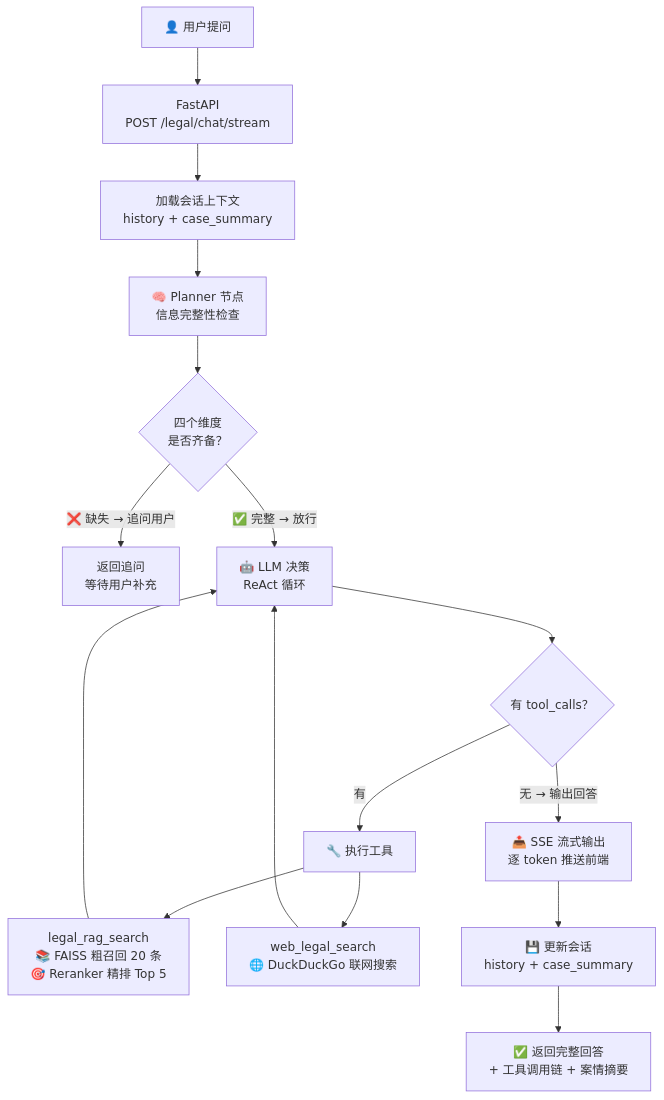
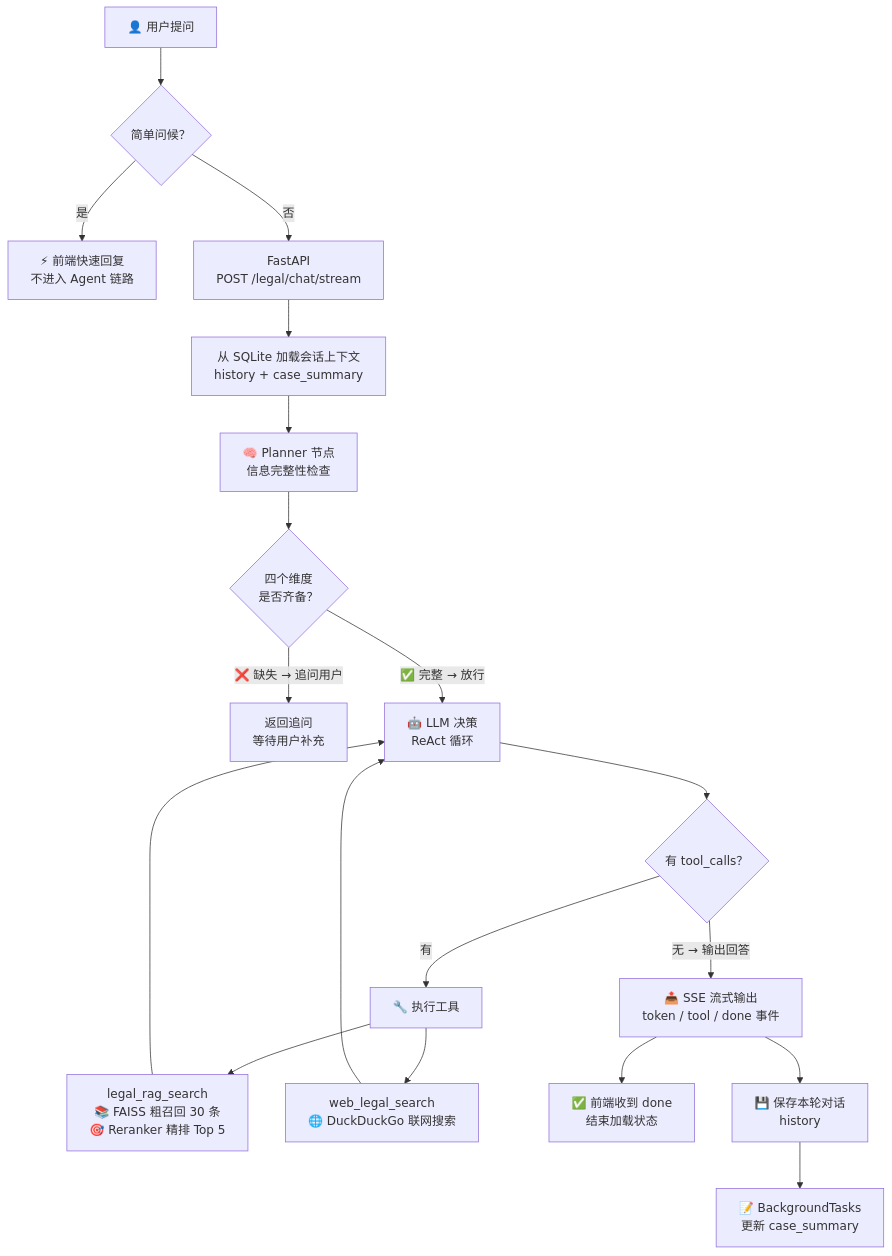
One commit to an-s57/legal_agent changed the diagram in README.md. Above: the diagram before and after it, drawn with Mermaid. The commit also changed other lines of this file and 3 other files, not shown here.

````diff
--- a/README.md
+++ b/README.md
@@ -17,21 +19,24 @@
 ```mermaid
 flowchart TD
-    A["👤 用户提问"] --> B["FastAPI<br/>POST /legal/chat/stream"]
-    B --> C["加载会话上下文<br/>history + case_summary"]
+    A["👤 用户提问"] --> Q{"简单问候？"}
+    Q -->|"是"| FQ["⚡ 前端快速回复<br/>不进入 Agent 链路"]
+    Q -->|"否"| B["FastAPI<br/>POST /legal/chat/stream"]
+    B --> C["从 SQLite 加载会话上下文<br/>history + case_summary"]
     C --> D["🧠 Planner 节点<br/>信息完整性检查"]
 
     D --> E{"四个维度<br/>是否齐备？"}
     E -->|"❌ 缺失 → 追问用户"| F["返回追问<br/>等待用户补充"]
     E -->|"✅ 完整 → 放行"| G["🤖 LLM 决策<br/>ReAct 循环"]
 
     G --> H{"有 tool_calls？"}
     H -->|"有"| I["🔧 执行工具"]
-    I --> I1["legal_rag_search<br/>📚 FAISS 粗召回 20 条<br/>🎯 Reranker 精排 Top 5"]
+    I --> I1["legal_rag_search<br/>📚 FAISS 粗召回 30 条<br/>🎯 Reranker 精排 Top 5"]
     I --> I2["web_legal_search<br/>🌐 DuckDuckGo 联网搜索"]
     I1 --> G
     I2 --> G
-    H -->|"无 → 输出回答"| J["📤 SSE 流式输出<br/>逐 token 推送前端"]
+    H -->|"无 → 输出回答"| J["📤 SSE 流式输出<br/>token / tool / done 事件"]
 
-    J --> K["💾 更新会话<br/>history + case_summary"]
-    K --> L["✅ 返回完整回答<br/>+ 工具调用链 + 案情摘要"]
+    J --> L["✅ 前端收到 done<br/>结束加载状态"]
+    J --> K["💾 保存本轮对话<br/>history"]
+    K --> M["📝 BackgroundTasks<br/>更新 case_summary"]
 ```
````
